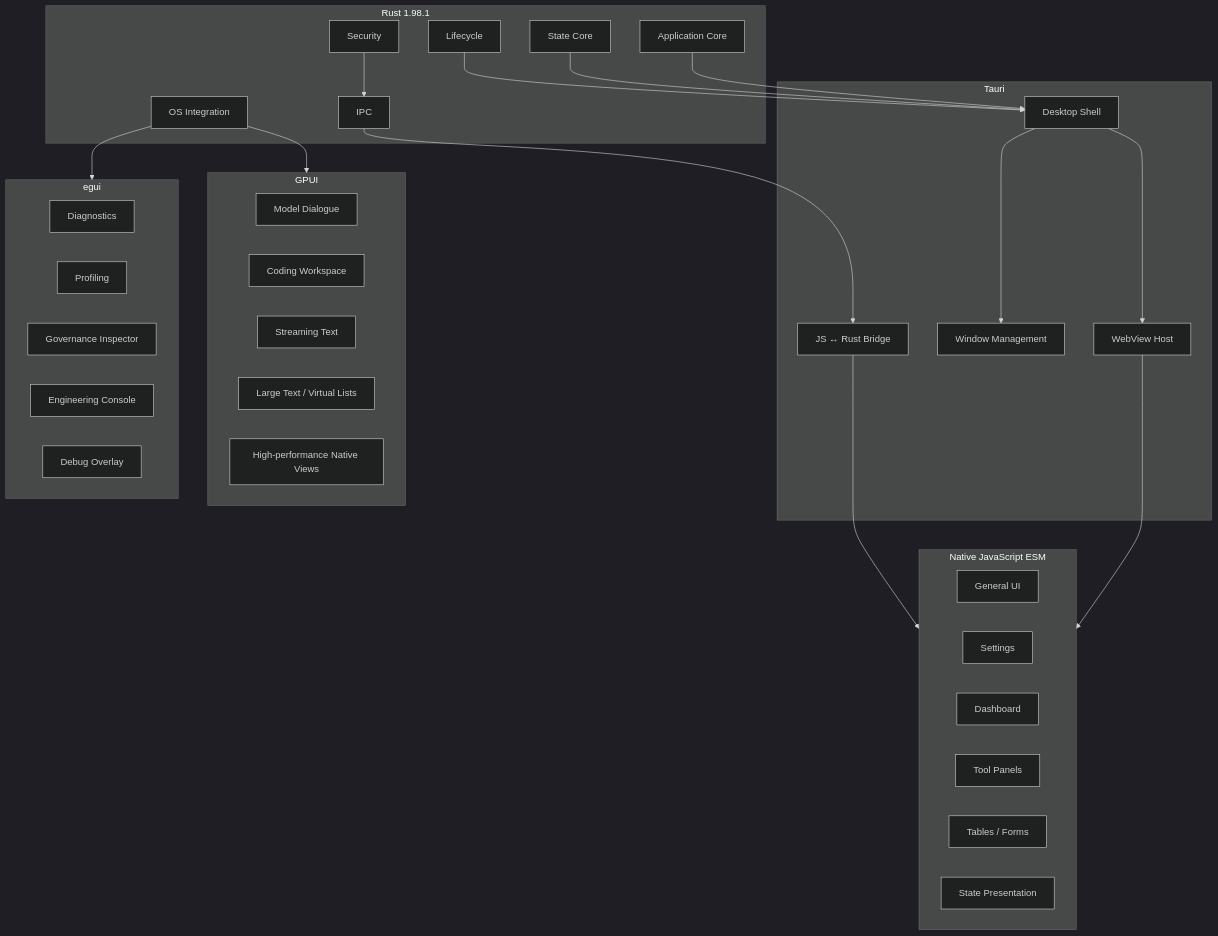
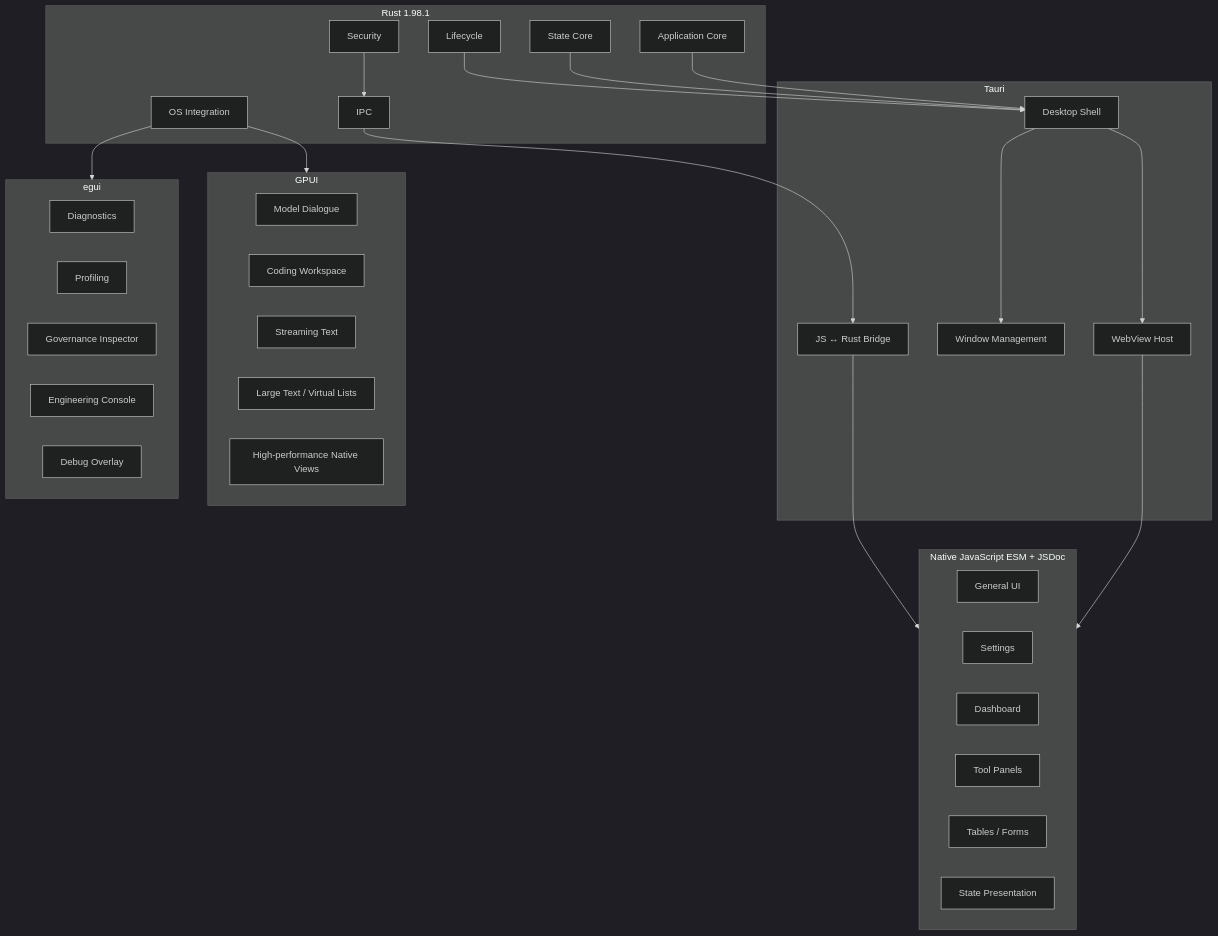
One commit to guilty442-source/GPTBridge changed the third of 11 diagrams in governance_rule/codex/architecture-project.md. Above: the diagram before and after it, drawn with Mermaid (dark theme). The commit also changed other lines of this file and 62 other files, not shown here.

````diff
--- a/governance_rule/codex/architecture-project.md
+++ b/governance_rule/codex/architecture-project.md
@@ -83,50 +83,50 @@
 ```mermaid
 flowchart TB
   subgraph CORE[Rust 1.98.1]
     APP[Application Core]
     STATE[State Core]
     SECURITY[Security]
     IPC[IPC]
     LIFE[Lifecycle]
     NATIVE[OS Integration]
   end
   subgraph TAURI[Tauri]
     SHELL[Desktop Shell]
     WEBVIEW[WebView Host]
     WINDOWS[Window Management]
     JSB[JS ↔ Rust Bridge]
   end
-  subgraph ESM[Native JavaScript ESM]
+  subgraph ESM[Native JavaScript ESM + JSDoc]
     GENERAL[General UI]
     SETTINGS[Settings]
     DASHBOARD[Dashboard]
     PANELS[Tool Panels]
     TABLES[Tables / Forms]
     STATUS[State Presentation]
   end
   subgraph GPUI[GPUI]
     MODEL[Model Dialogue]
     CODE[Coding Workspace]
     STREAM[Streaming Text]
     TEXT[Large Text / Virtual Lists]
     PERF[High-performance Native Views]
   end
   subgraph EGUI[egui]
     DIAG[Diagnostics]
     PROF[Profiling]
     GOV[Governance Inspector]
     ENG[Engineering Console]
     OVERLAY[Debug Overlay]
   end
   APP --> SHELL
   STATE --> SHELL
   SECURITY --> IPC
   IPC --> JSB
   LIFE --> SHELL
   NATIVE --> GPUI
   NATIVE --> EGUI
   SHELL --> WEBVIEW
   SHELL --> WINDOWS
   WEBVIEW --> ESM
   JSB --> ESM
 ```
````
